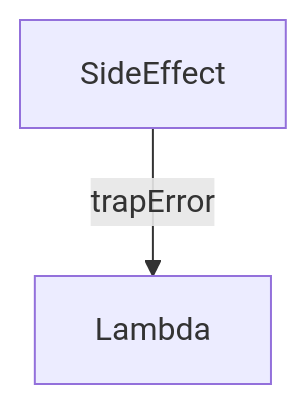
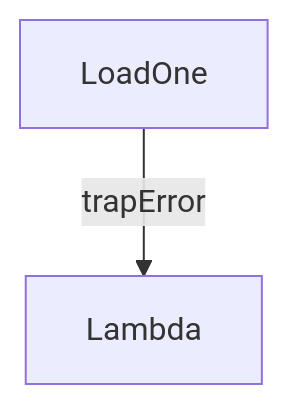
Before and after one commit to graphile/crystal: the diagram in grafast/website/grafast/step-library/standard-steps/trap.mdx, drawn with Mermaid. The commit also changed other lines of this file, not shown here.

Commit message:
Editorial on trap page

````diff
--- a/grafast/website/grafast/step-library/standard-steps/trap.mdx
+++ b/grafast/website/grafast/step-library/standard-steps/trap.mdx
@@ -43,4 +48,4 @@
 ```mermaid
 graph TD
-  A["SideEffect"] -->|trapError| B["Lambda"]
+  A["LoadOne"] -->|trapError| B["Lambda"]
 ```
````
